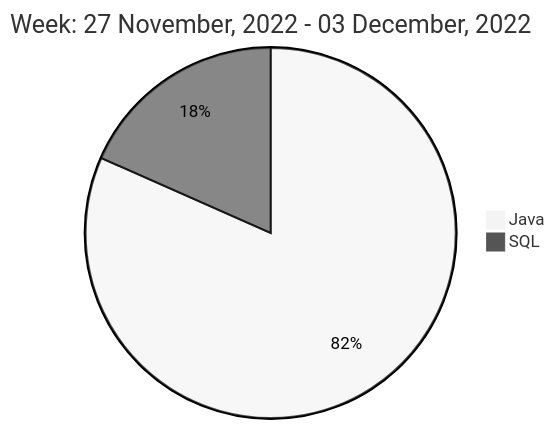
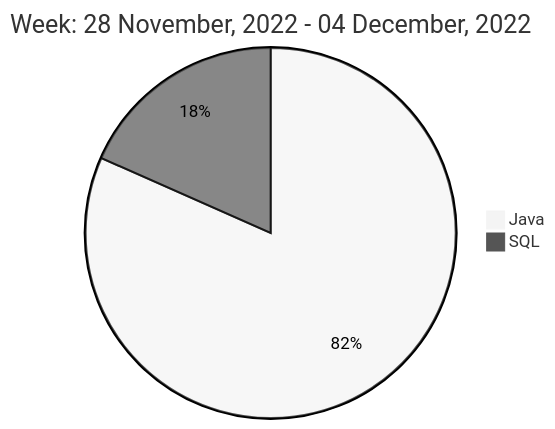
Before and after one commit to liubin95/liubin95: the diagram in README.md, drawn with Mermaid (neutral theme).

Commit message:
Updated the Graph with new Metrics

````diff
--- a/README.md
+++ b/README.md
@@ -40,6 +40,6 @@
 ```mermaid
  pie
-title Week: 27 November, 2022 - 03 December, 2022
+title Week: 28 November, 2022 - 04 December, 2022
  "Java" : 15.02
  "SQL" : 3.38
 ```
````
